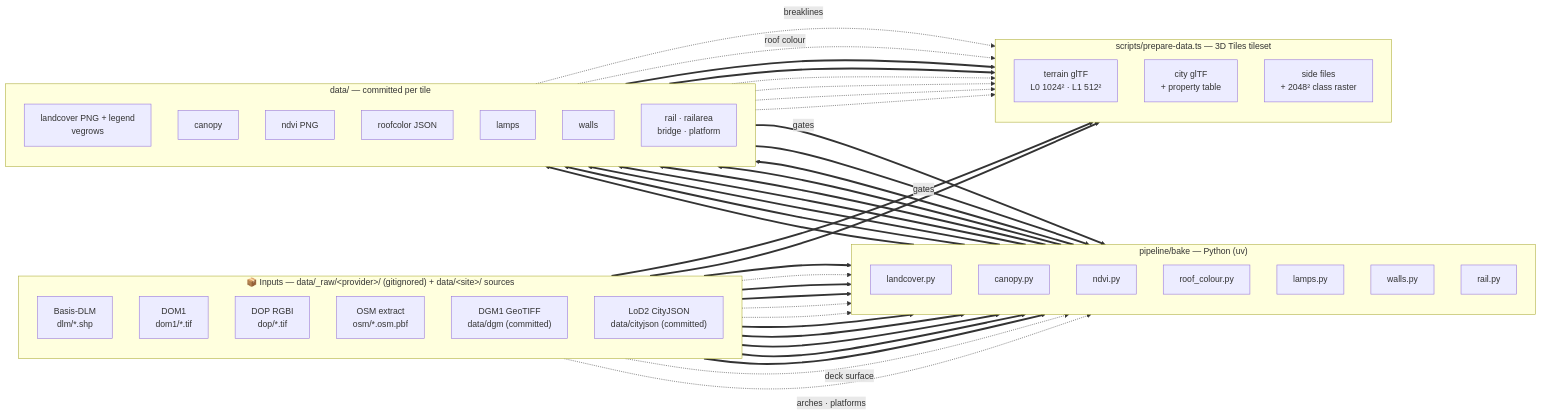
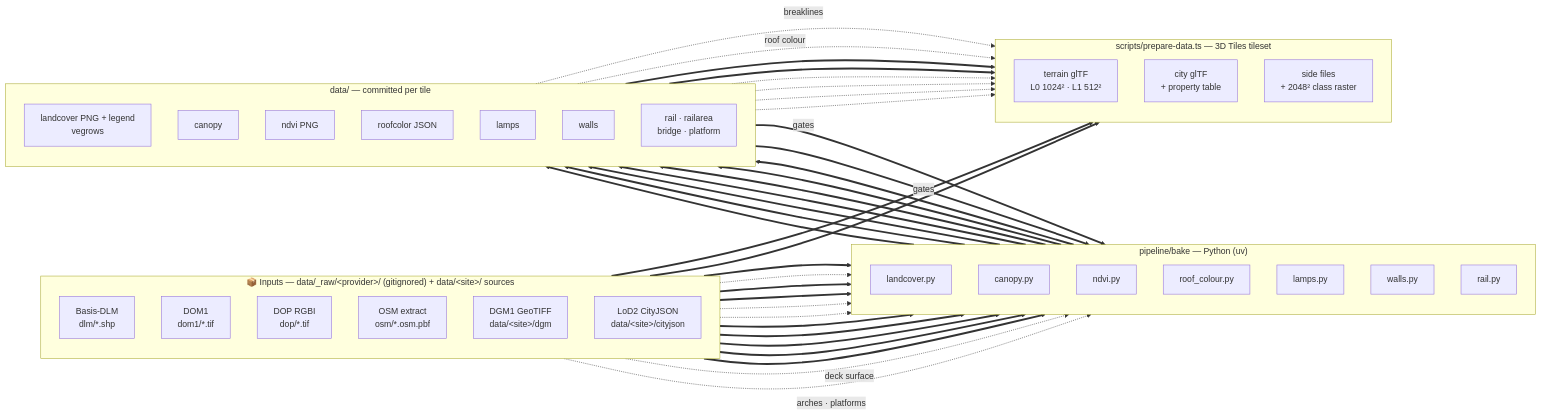
Before and after one commit to mdugue/bridge: the second of 2 diagrams in docs/data-flow.md, drawn with Mermaid. The commit also changed 19 other files, not shown here.

````diff
--- a/docs/data-flow.md
+++ b/docs/data-flow.md
@@ -147,71 +147,71 @@
 ```mermaid
 flowchart LR
   subgraph IN["📦 Inputs — data/_raw/&lt;provider&gt;/ (gitignored) + data/&lt;site&gt;/ sources"]
     direction TB
     iDLM["Basis-DLM<br/>dlm/*.shp"]
     iDOM["DOM1<br/>dom1/*.tif"]
     iDOP["DOP RGBI<br/>dop/*.tif"]
     iOSM["OSM extract<br/>osm/*.osm.pbf"]
-    iDGM["DGM1 GeoTIFF<br/>data/dgm (committed)"]
-    iCJ["LoD2 CityJSON<br/>data/cityjson (committed)"]
+    iDGM["DGM1 GeoTIFF<br/>data/&lt;site&gt;/dgm"]
+    iCJ["LoD2 CityJSON<br/>data/&lt;site&gt;/cityjson"]
   end
 
   subgraph PY["pipeline/bake — Python (uv)"]
     direction TB
     bLC["landcover.py"]
     bCAN["canopy.py"]
     bNDVI["ndvi.py"]
     bROOF["roof_colour.py"]
     bLAMP["lamps.py"]
     bWALL["walls.py"]
     bRAIL["rail.py"]
   end
 
   subgraph DATA["data/ — committed per tile"]
     direction TB
     dCLS["landcover PNG + legend<br/>vegrows"]
     dCAN["canopy"]
     dNDVI["ndvi PNG"]
     dROOF["roofcolor JSON"]
     dLAMP["lamps"]
     dWALL["walls"]
     dRAIL["rail · railarea<br/>bridge · platform"]
   end
 
   subgraph TS["scripts/prepare-data.ts — 3D Tiles tileset"]
     direction TB
     tTER["terrain glTF<br/>L0 1024² · L1 512²"]
     tCITY["city glTF<br/>+ property table"]
     tSIDE["side files<br/>+ 2048² class raster"]
   end
 
   iDLM ==> bLC ==> dCLS
   iDOM -.-> bCAN
   iDGM ==> bCAN
   iDLM ==> bCAN
   dCLS ==>|gates| bCAN
   bCAN ==> dCAN
   iDOP -.-> bNDVI ==> dNDVI
   iDOP -.-> bROOF
   iCJ ==> bROOF ==> dROOF
   iOSM ==> bLAMP
   dCLS ==>|gates| bLAMP
   bLAMP ==> dLAMP
   iOSM ==> bWALL ==> dWALL
   iDLM ==> bRAIL
   iDGM ==> bRAIL
   iDOM -. "deck surface" .-> bRAIL
   iOSM -. "arches · platforms" .-> bRAIL
   bRAIL ==> dRAIL
 
   iDGM ==> tTER
   dWALL -. breaklines .-> tTER
   iCJ ==> tCITY
   dROOF -. "roof colour" .-> tCITY
   dCLS ==> tSIDE
   dCAN ==> tSIDE
   dNDVI -.-> tSIDE
   dLAMP -.-> tSIDE
   dWALL -.-> tSIDE
   dRAIL -.-> tSIDE
 ```
````
